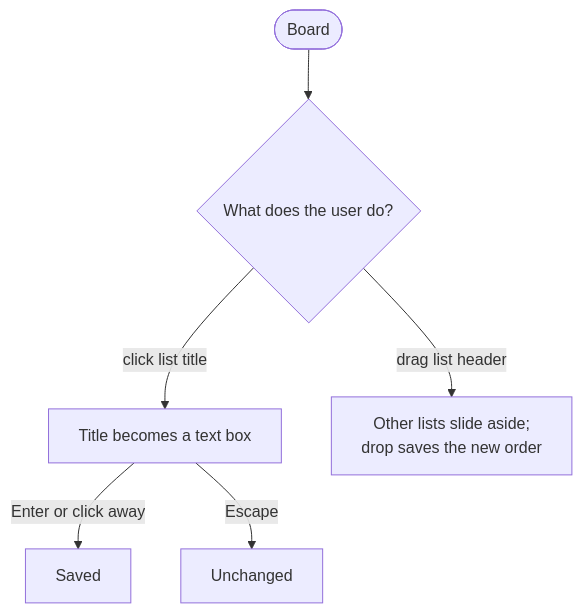
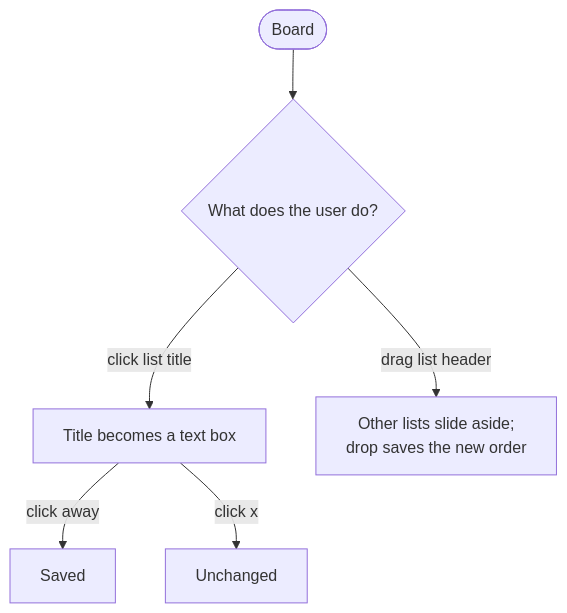
Before and after one commit to bbranton/TestProj: the eighth of 9 diagrams in docs/canvas-portal/04-ui-specification.md, drawn with Mermaid. The commit also changed other lines of this file and 1 other file, not shown here.

First line of the commit message:
UI spec: no keyboard shortcuts; saved filters are a future feature

````diff
--- a/docs/canvas-portal/04-ui-specification.md
+++ b/docs/canvas-portal/04-ui-specification.md
@@ -815,8 +819,8 @@
 ```mermaid
 flowchart TD
     A([Board]) --> B{What does the user do?}
     B -- click list title --> E[Title becomes a text box]
-    E -- Enter or click away --> F[Saved]
-    E -- Escape --> G[Unchanged]
+    E -- click away --> F[Saved]
+    E -- click x --> G[Unchanged]
     B -- drag list header --> H[Other lists slide aside;<br/>drop saves the new order]
 ```
````
